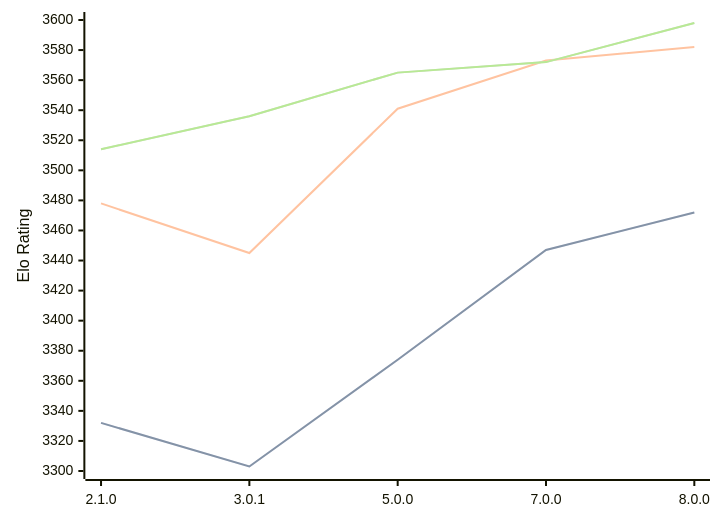
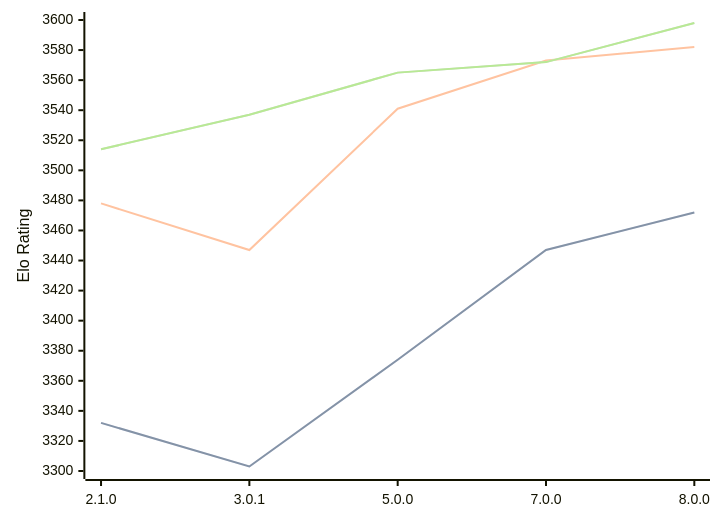
The diagram in engines/PlentyChess.md (computer-chess-index/cci), drawn with Mermaid before and after one commit. The commit also changed other lines of this file, not shown here.

Commit message:
Update CCI Ratings (ELO VLTC) - 2026-10-02

````diff
--- a/engines/PlentyChess.md
+++ b/engines/PlentyChess.md
@@ -37,11 +37,11 @@
 ```mermaid
 %%{init: {"theme":"base","themeVariables":{"seriesColors:['#a3a3a3','#222221','#faa371']}}}%%
 xychart-beta
   x-axis ["2.1.0", "3.0.1", "5.0.0", "7.0.0", "8.0.0"]
   y-axis "Elo Rating" 3300 --> 3600
   line "" [3332, 3303, 3374, 3447, 3472]
   line "STC (8.0+0.08s)" [3332, 3303, 3374, 3447, 3472]
-  line "LTC (60.0+0.60s)" [3478, 3445, 3541, 3573, 3582]
-  line "" [3514, 3536, 3565, 3572, 3598]
-  line "VLTC (2m24s+1.12s)" [3514, 3536, 3565, 3572, 3598]
+  line "LTC (60.0+0.60s)" [3478, 3447, 3541, 3573, 3582]
+  line "" [3514, 3537, 3565, 3572, 3598]
+  line "VLTC (2m24s+1.12s)" [3514, 3537, 3565, 3572, 3598]
 ```
````
